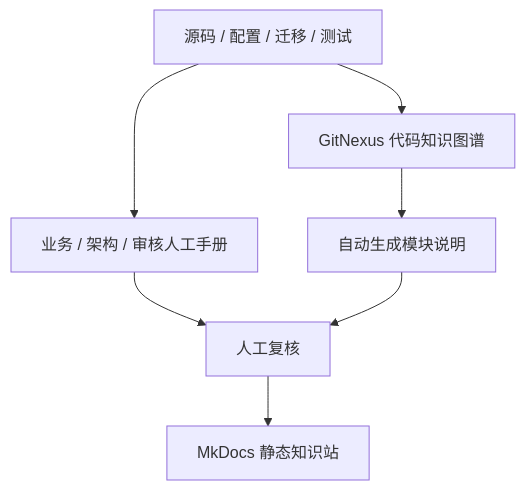
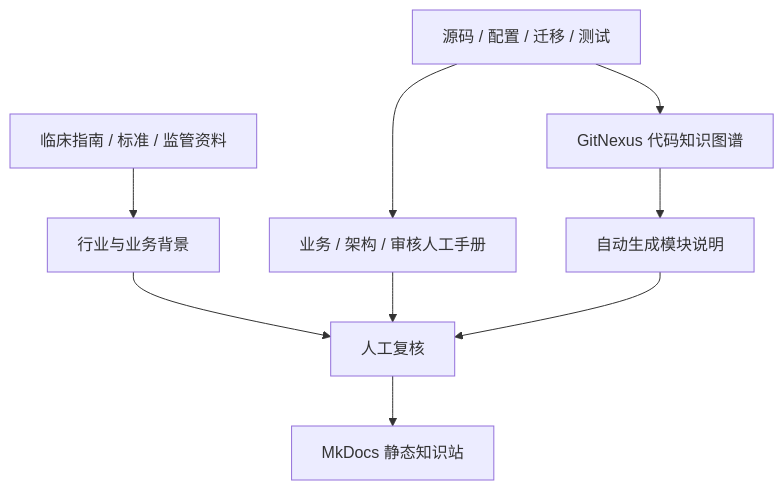
Before and after one commit to weisiwu/Capnograph: the second of 2 diagrams in docs/index.md, drawn with Mermaid. The commit also changed other lines of this file and 12 other files, not shown here.

````diff
--- a/docs/index.md
+++ b/docs/index.md
@@ -113,12 +120,14 @@
 ```mermaid
 flowchart TB
     accTitle: CapnoEasy 知识形成与发布路径
-    accDescr: 源码、配置、数据库迁移和测试分别进入人工手册和 GitNexus 代码图谱，最终由 MkDocs 汇总为可搜索的静态知识站。
+    accDescr: 权威指南、标准和监管资料进入行业背景，源码、配置、数据库迁移和测试进入应用手册和 GitNexus 代码图谱，最终由 MkDocs 汇总为可搜索的静态知识站。
 
+    External["临床指南 / 标准 / 监管资料"] --> Industry["行业与业务背景"]
     Source["源码 / 配置 / 迁移 / 测试"] --> Curated["业务 / 架构 / 审核人工手册"]
     Source --> Graph["GitNexus 代码知识图谱"]
     Graph --> Generated["自动生成模块说明"]
+    Industry --> Review["人工复核"]
     Curated --> Review["人工复核"]
     Generated --> Review
     Review --> Site["MkDocs 静态知识站"]
 ```
````
